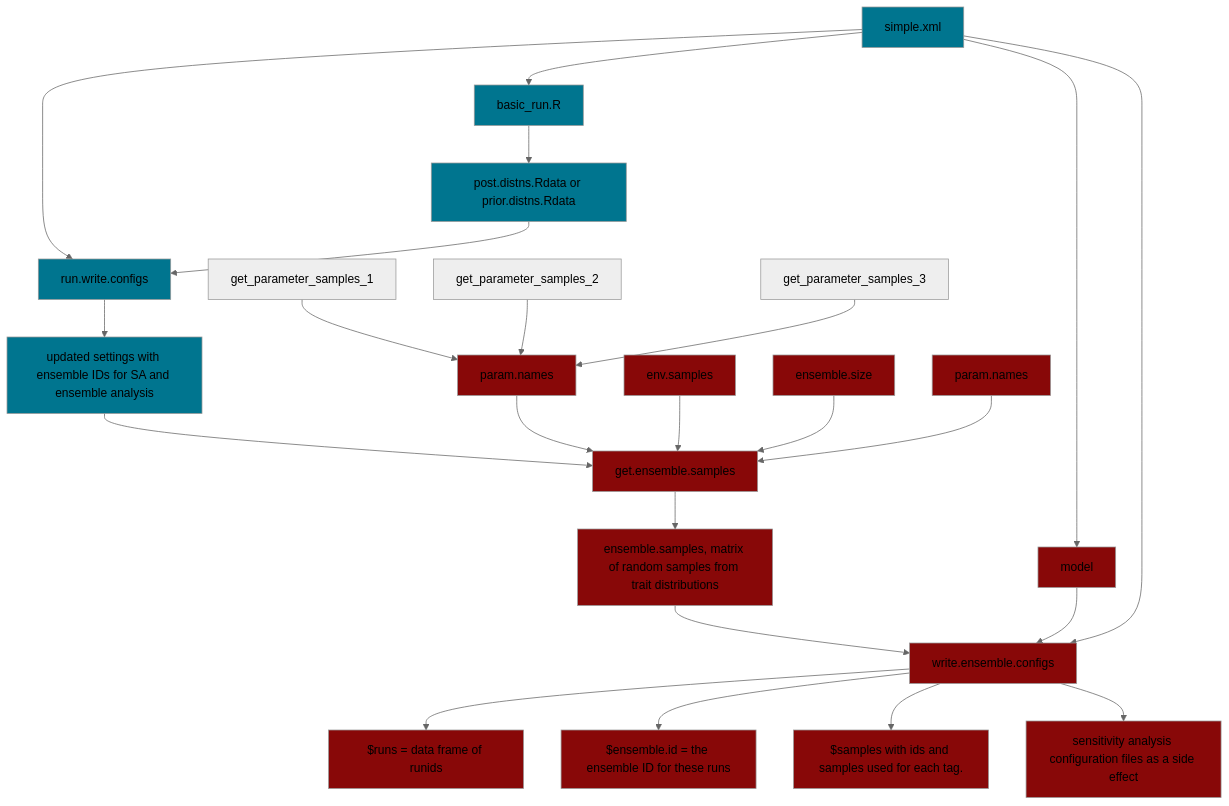
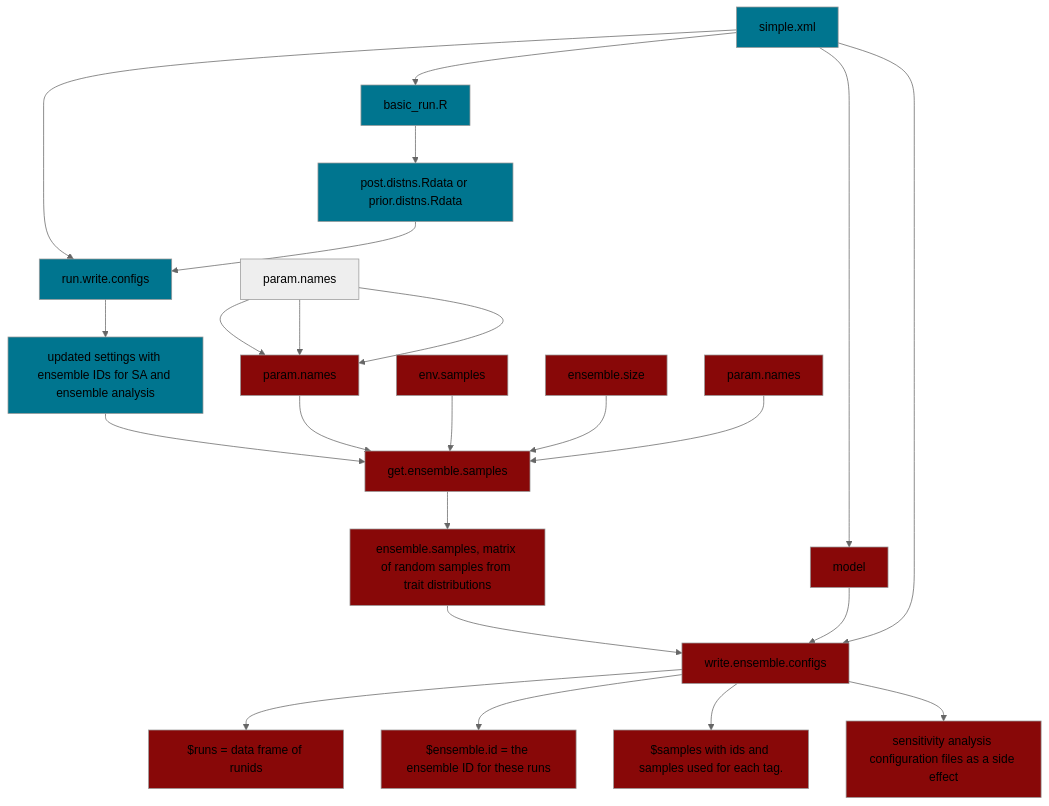
Before and after one commit to ecamo19/gsoc_project_2022_vm: the diagram in README.md, drawn with Mermaid (neutral theme).

````diff
--- a/README.md
+++ b/README.md
@@ -47,49 +47,49 @@
 ```mermaid
   graph TD;
       simple.xml-->run.write.configs;
       simple.xml-->basic_run.R;
       simple.xml-->model;
       basic_run.R-->posterior.files[post.distns.Rdata or prior.distns.Rdata];
       posterior.files[post.distns.Rdata or prior.distns.Rdata]-->run.write.configs;
       run.write.configs-->output_1[updated settings with ensemble IDs for SA and ensemble analysis ];
       output_1[updated settings with ensemble IDs for SA and ensemble analysis]-->get.ensemble.samples;
       input_get_ensemble_1[pft.samples]-->get.ensemble.samples;
       input_get_ensemble_2[env.samples]-->get.ensemble.samples;
       input_get_ensemble_3[ensemble.size]-->get.ensemble.samples;
       input_get_ensemble_4[param.names]-->get.ensemble.samples;
-      get_parameter_samples_1--> input_get_ensemble_1[pft.samples];  
-      get_parameter_samples_2--> input_get_ensemble_1[ensemble.size];
-      get_parameter_samples_3--> input_get_ensemble_1[param.names];
+      get_parameter_samples[pft.samples]--> input_get_ensemble_1[pft.samples];  
+      get_parameter_samples[ensemble.size]--> input_get_ensemble_1[ensemble.size];
+      get_parameter_samples[param.names]--> input_get_ensemble_1[param.names];
       get.ensemble.samples--> output_get_ensemble[ensemble.samples, matrix of random samples from trait distributions];
       output_get_ensemble[ensemble.samples, matrix of random samples from trait distributions]-->write.ensemble.configs;
       model-->write.ensemble.configs;
       simple.xml-->write.ensemble.configs;
       write.ensemble.configs-->output_write_ensemble_1[$runs = data frame of runids];
       write.ensemble.configs-->output_write_ensemble_2[$ensemble.id = the ensemble ID for these runs];
       write.ensemble.configs-->output_write_ensemble_3[$samples with ids and samples used for each tag.];
       write.ensemble.configs-->output_write_ensemble_4[sensitivity analysis configuration files as a side effect];
       
       
      
       style basic_run.R fill:#00758f
       style output_1 fill:#00758f
       style run.write.configs fill:#00758f
       style simple.xml fill:#00758f
       style posterior.files fill:#00758f
       
       
   
       style input_get_ensemble_1 fill:#880808
       style input_get_ensemble_2 fill:#880808
       style input_get_ensemble_3 fill:#880808
       style input_get_ensemble_4 fill:#880808
       style get.ensemble.samples fill:#880808
       style output_get_ensemble  fill:#880808 
       style model fill:#880808 
       style write.ensemble.configs fill:#880808
       style output_write_ensemble_1 fill:#880808
       style output_write_ensemble_2 fill:#880808
       style output_write_ensemble_3 fill:#880808
       style output_write_ensemble_4 fill:#880808
       
 ```
````
